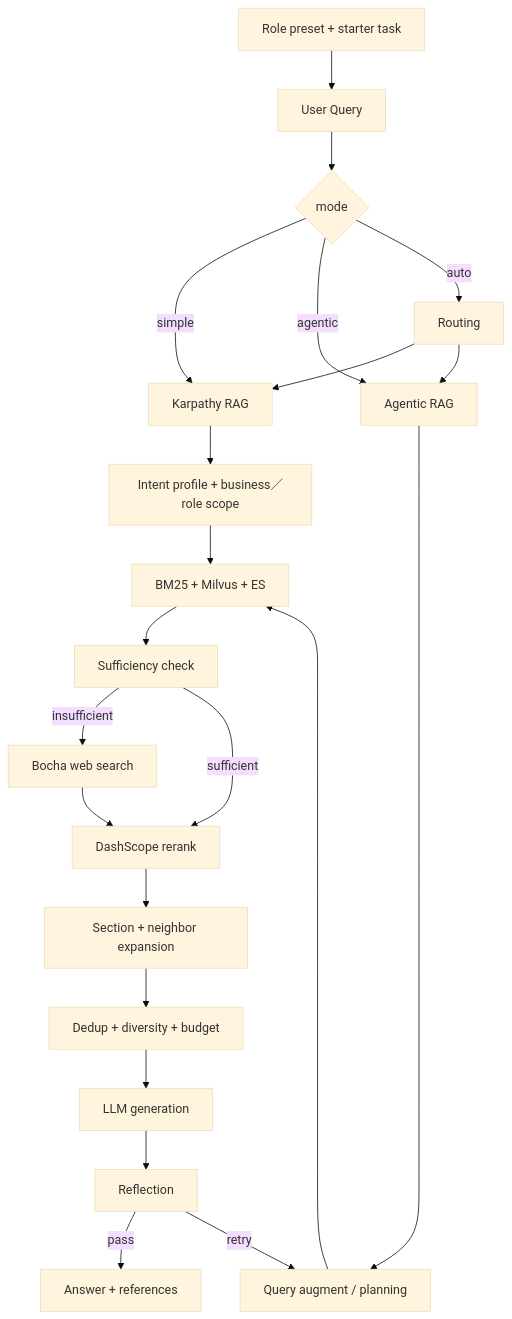
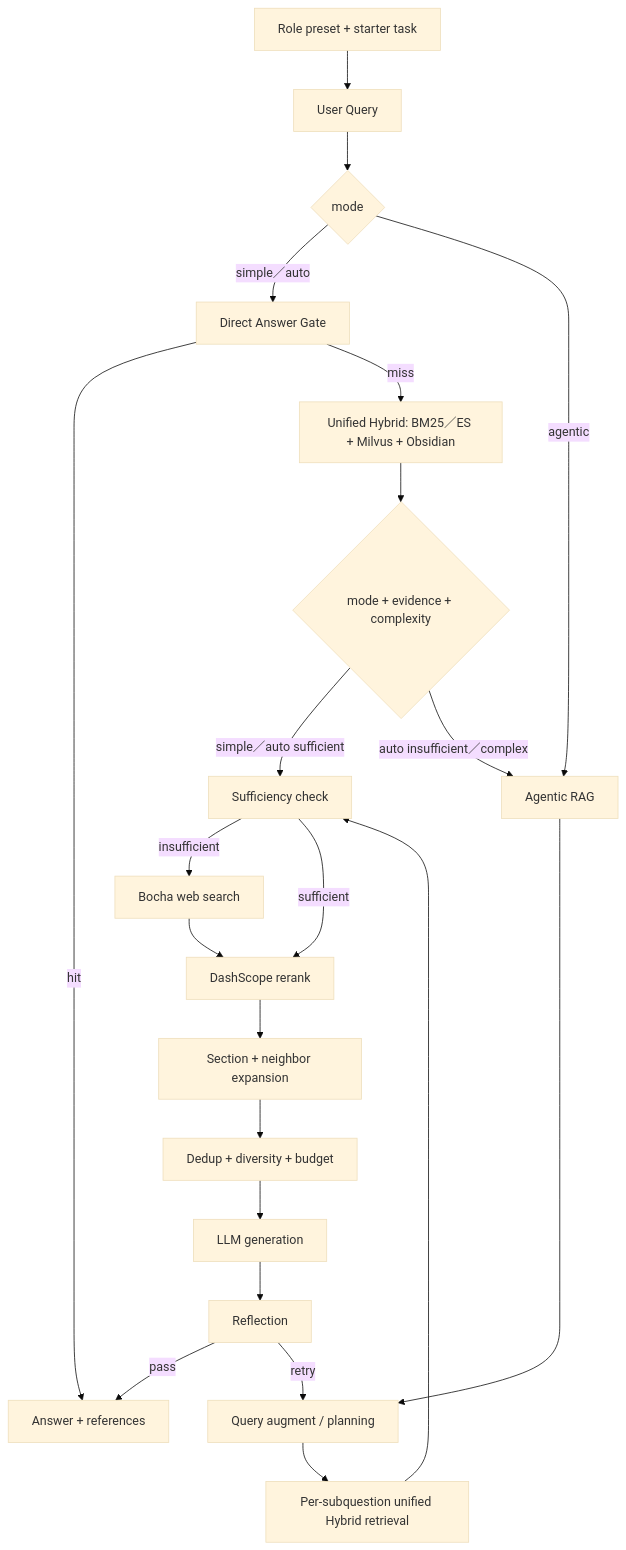
The third of 3 diagrams in docs/architecture/ARCHITECTURE.md (monstereatai/RAG), drawn with Mermaid (base theme) before and after one commit. The commit also changed other lines of this file and 97 other files, not shown here.

````diff
--- a/docs/architecture/ARCHITECTURE.md
+++ b/docs/architecture/ARCHITECTURE.md
@@ -134,25 +134,24 @@
 ```mermaid
 flowchart TD
   Q["User Query"] --> Mode{"mode"}
   Role["Role preset + starter task"] --> Q
-  Mode -->|simple| Simple["Karpathy RAG"]
+  Mode -->|simple／auto| Direct["Direct Answer Gate"]
+  Direct -->|hit| Final["Answer + references"]
+  Direct -->|miss| Retrieve["Unified Hybrid: BM25／ES + Milvus + Obsidian"]
   Mode -->|agentic| Agentic["Agentic RAG"]
-  Mode -->|auto| Router["Routing"]
-  Router --> Simple
-  Router --> Agentic
-
-  Simple --> Intent["Intent profile + business／role scope"]
-  Intent --> Retrieve["BM25 + Milvus + ES"]
+  Retrieve --> Router{"mode + evidence + complexity"}
+  Router -->|simple／auto sufficient| Sufficiency["Sufficiency check"]
+  Router -->|auto insufficient／complex| Agentic
   Agentic --> Plan["Query augment / planning"]
-  Plan --> Retrieve
-  Retrieve --> Sufficiency["Sufficiency check"]
+  Plan --> AgentRetrieve["Per-subquestion unified Hybrid retrieval"]
+  AgentRetrieve --> Sufficiency
   Sufficiency -->|insufficient| Web["Bocha web search"]
   Sufficiency -->|sufficient| Rerank["DashScope rerank"]
   Web --> Rerank
   Rerank --> Expand["Section + neighbor expansion"]
   Expand --> Context["Dedup + diversity + budget"]
   Context --> Generate["LLM generation"]
   Generate --> Reflect["Reflection"]
-  Reflect -->|pass| Final["Answer + references"]
+  Reflect -->|pass| Final
   Reflect -->|retry| Plan
 ```
````
